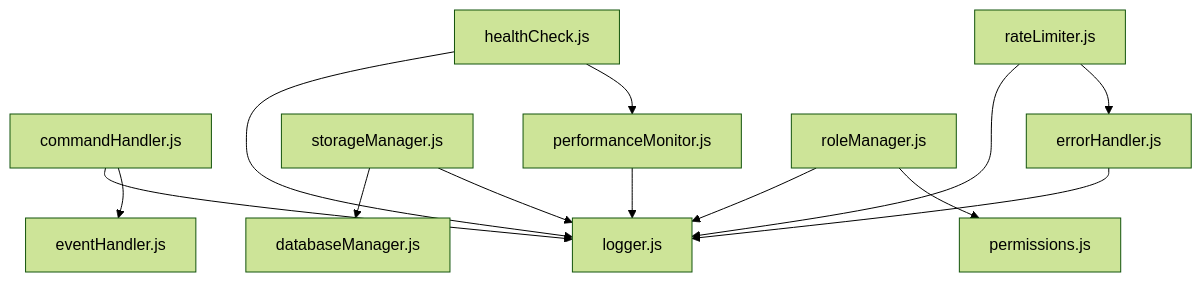
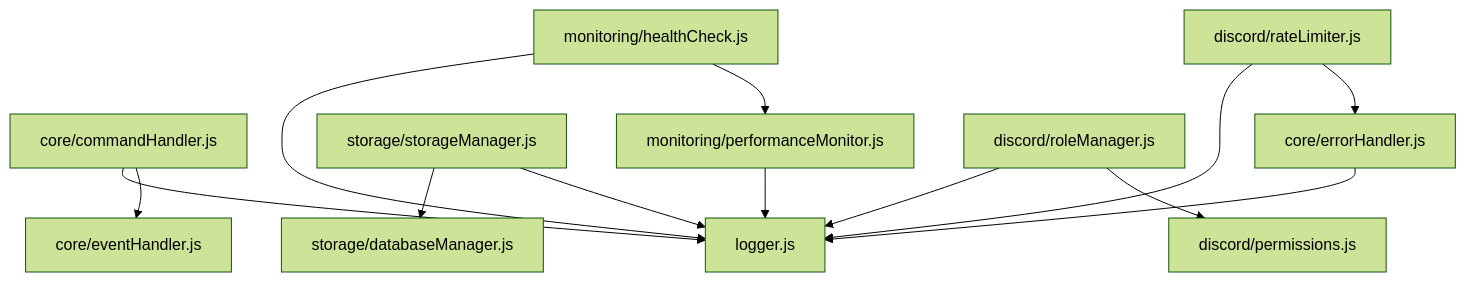
Before and after one commit to qodinger/role-reactor-bot: the diagram in src/utils/README.md, drawn with Mermaid (forest theme). The commit also changed other lines of this file and 45 other files, not shown here.

````diff
--- a/src/utils/README.md
+++ b/src/utils/README.md
@@ -74,15 +75,15 @@
 ```mermaid
 graph TD
-    A[commandHandler.js] --> B[logger.js]
-    A --> C[eventHandler.js]
-    D[errorHandler.js] --> B
-    E[storageManager.js] --> F[databaseManager.js]
+    A[core/commandHandler.js] --> B[logger.js]
+    A --> C[core/eventHandler.js]
+    D[core/errorHandler.js] --> B
+    E[storage/storageManager.js] --> F[storage/databaseManager.js]
     E --> B
-    G[performanceMonitor.js] --> B
-    H[healthCheck.js] --> B
+    G[monitoring/performanceMonitor.js] --> B
+    H[monitoring/healthCheck.js] --> B
     H --> G
-    I[roleManager.js] --> B
-    I --> J[permissions.js]
-    K[rateLimiter.js] --> B
+    I[discord/roleManager.js] --> B
+    I --> J[discord/permissions.js]
+    K[discord/rateLimiter.js] --> B
     K --> D
 ```
````
